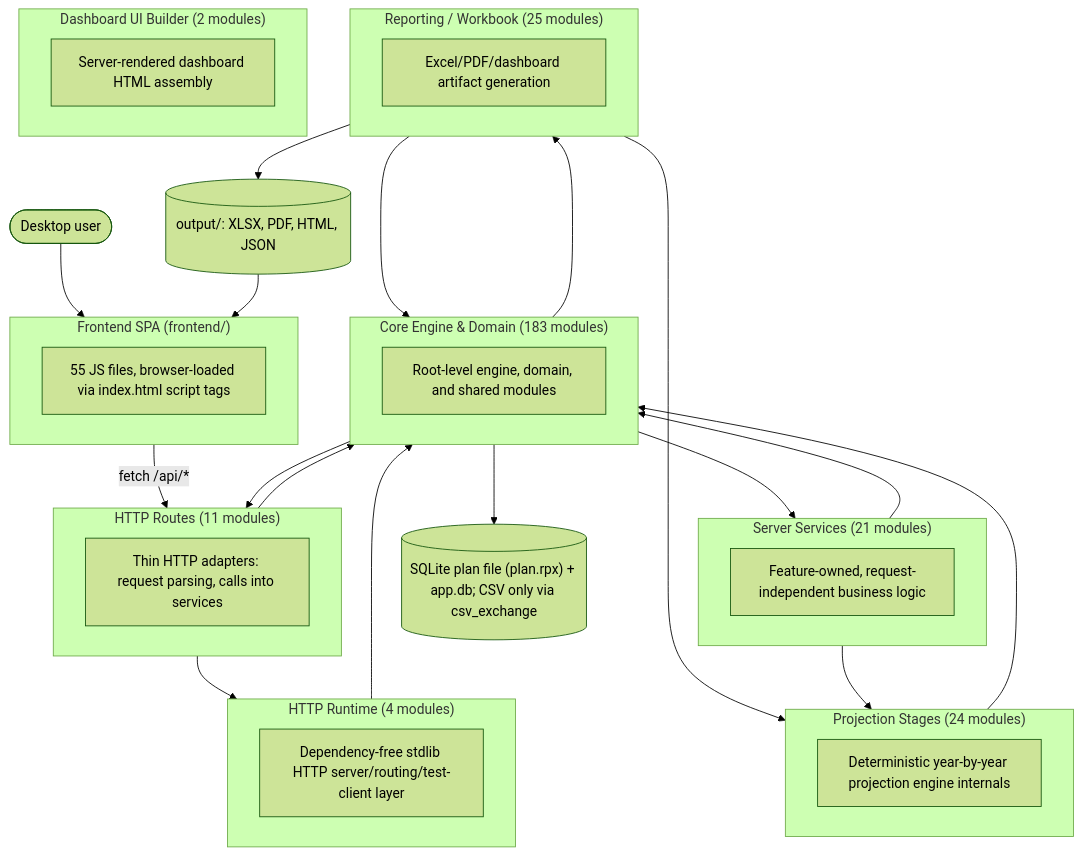
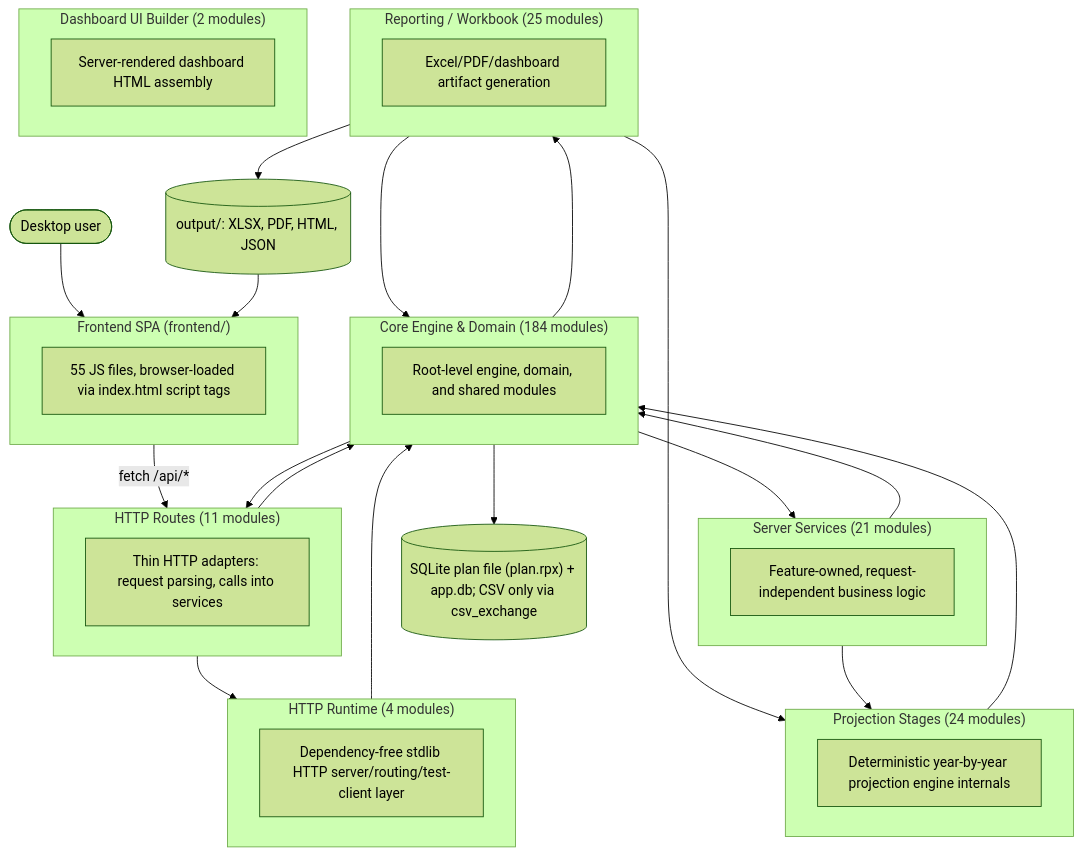
The first of 2 diagrams in documentation/reference/SYSTEM_ARCHITECTURE_DIAGRAM.md (matthartzman/retirement_system), drawn with Mermaid (forest theme) before and after one commit. The commit also changed other lines of this file and 19 other files, not shown here.

````diff
--- a/documentation/reference/SYSTEM_ARCHITECTURE_DIAGRAM.md
+++ b/documentation/reference/SYSTEM_ARCHITECTURE_DIAGRAM.md
@@ -11,43 +11,43 @@
 ```mermaid
 flowchart TB
     User(["Desktop user"]) --> FE
     subgraph FE["Frontend SPA (frontend/)"]
         FEcount["55 JS files, browser-loaded via index.html script tags"]
     end
     FE -->|fetch /api/*| L_HTTP_Routes
     subgraph L_HTTP_Routes["HTTP Routes (11 modules)"]
         L_HTTP_Routes_d["Thin HTTP adapters: request parsing, calls into services"]
     end
     subgraph L_Server_Services["Server Services (21 modules)"]
         L_Server_Services_d["Feature-owned, request-independent business logic"]
     end
     subgraph L_HTTP_Runtime["HTTP Runtime (4 modules)"]
         L_HTTP_Runtime_d["Dependency-free stdlib HTTP server/routing/test-client layer"]
     end
-    subgraph L_Core_Engine___Domain["Core Engine & Domain (183 modules)"]
+    subgraph L_Core_Engine___Domain["Core Engine & Domain (184 modules)"]
         L_Core_Engine___Domain_d["Root-level engine, domain, and shared modules"]
     end
     subgraph L_Projection_Stages["Projection Stages (24 modules)"]
         L_Projection_Stages_d["Deterministic year-by-year projection engine internals"]
     end
     subgraph L_Reporting___Workbook["Reporting / Workbook (25 modules)"]
         L_Reporting___Workbook_d["Excel/PDF/dashboard artifact generation"]
     end
     subgraph L_Dashboard_UI_Builder["Dashboard UI Builder (2 modules)"]
         L_Dashboard_UI_Builder_d["Server-rendered dashboard HTML assembly"]
     end
     L_Core_Engine___Domain --> L_HTTP_Routes
     L_Core_Engine___Domain --> L_Reporting___Workbook
     L_Core_Engine___Domain --> L_Server_Services
     L_HTTP_Routes --> L_Core_Engine___Domain
     L_HTTP_Routes --> L_HTTP_Runtime
     L_HTTP_Runtime --> L_Core_Engine___Domain
     L_Projection_Stages --> L_Core_Engine___Domain
     L_Reporting___Workbook --> L_Core_Engine___Domain
     L_Reporting___Workbook --> L_Projection_Stages
     L_Server_Services --> L_Core_Engine___Domain
     L_Server_Services --> L_Projection_Stages
     L_Core_Engine___Domain --> DB[("SQLite plan file (plan.rpx) + app.db; CSV only via csv_exchange")]
     L_Reporting___Workbook --> Outputs[("output/: XLSX, PDF, HTML, JSON")]
     Outputs --> FE
 ```
````
